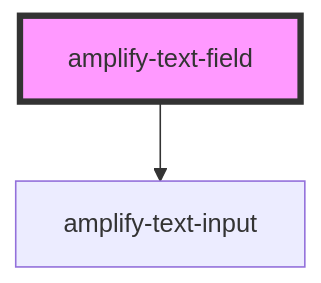
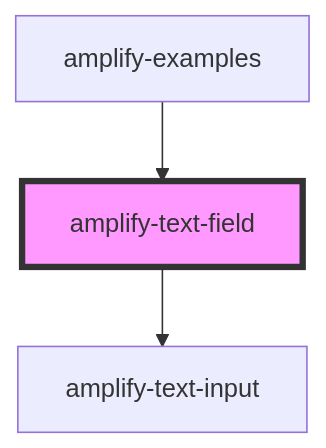
Before and after one commit to aws-amplify/amplify-js: the diagram in packages/amplify-ui-components/src/components/amplify-text-field/readme.md, drawn with Mermaid. The commit also changed other lines of this file and 19 other files, not shown here.

````diff
--- a/packages/amplify-ui-components/src/components/amplify-text-field/readme.md
+++ b/packages/amplify-ui-components/src/components/amplify-text-field/readme.md
@@ -25,5 +29,6 @@
 ```mermaid
 graph TD;
   amplify-text-field --> amplify-text-input
+  amplify-examples --> amplify-text-field
   style amplify-text-field fill:#f9f,stroke:#333,stroke-width:4px
 ```
````
